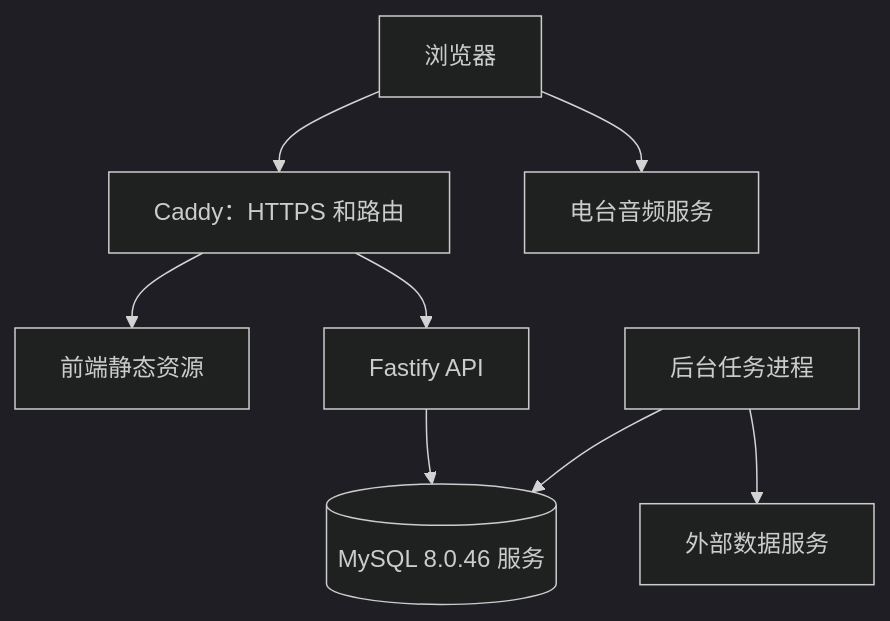
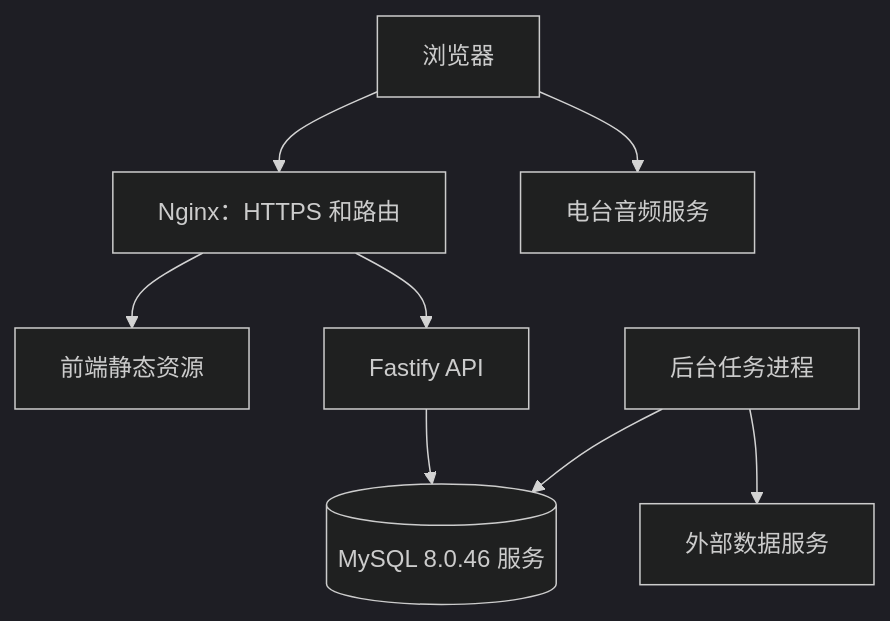
One commit to hahaen/hahaen-radio changed the diagram in docs/architecture/system-design.md. Above: the diagram before and after it, drawn with Mermaid (dark theme). The commit also changed other lines of this file and 25 other files, not shown here.

````diff
--- a/docs/architecture/system-design.md
+++ b/docs/architecture/system-design.md
@@ -20,10 +20,10 @@
 ```mermaid
 flowchart TD
-    Browser[浏览器] --> Caddy[Caddy：HTTPS 和路由]
-    Caddy --> Static[前端静态资源]
-    Caddy --> API[Fastify API]
+    Browser[浏览器] --> Nginx[Nginx：HTTPS 和路由]
+    Nginx --> Static[前端静态资源]
+    Nginx --> API[Fastify API]
     API --> DB[(MySQL 8.0.46 服务)]
     Jobs[后台任务进程] --> DB
     Jobs --> External[外部数据服务]
     Browser --> Audio[电台音频服务]
 ```
````
